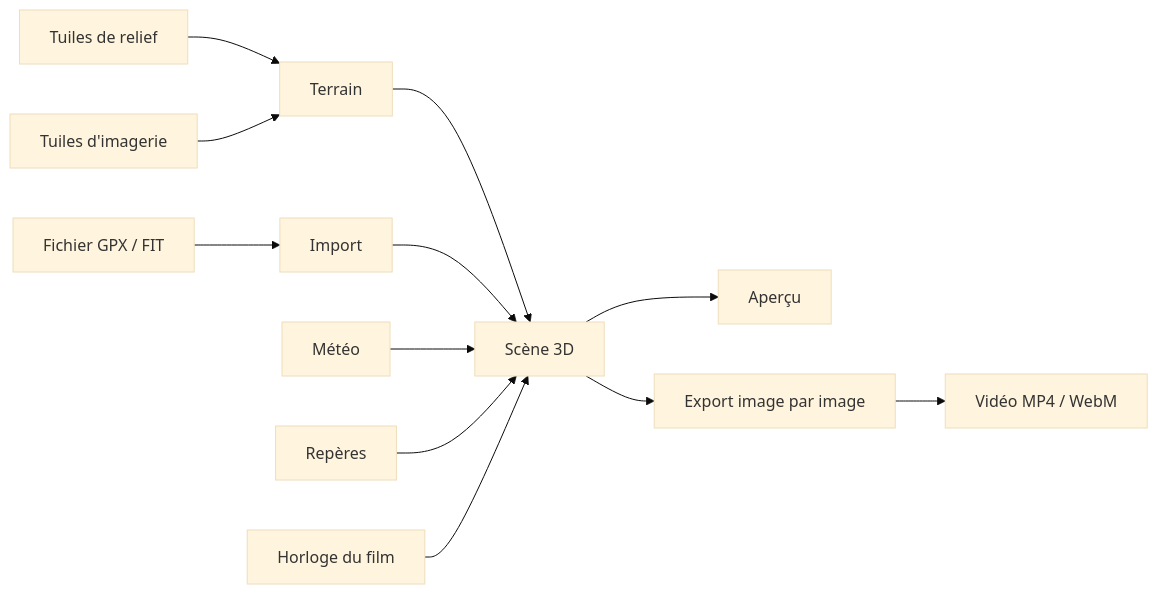
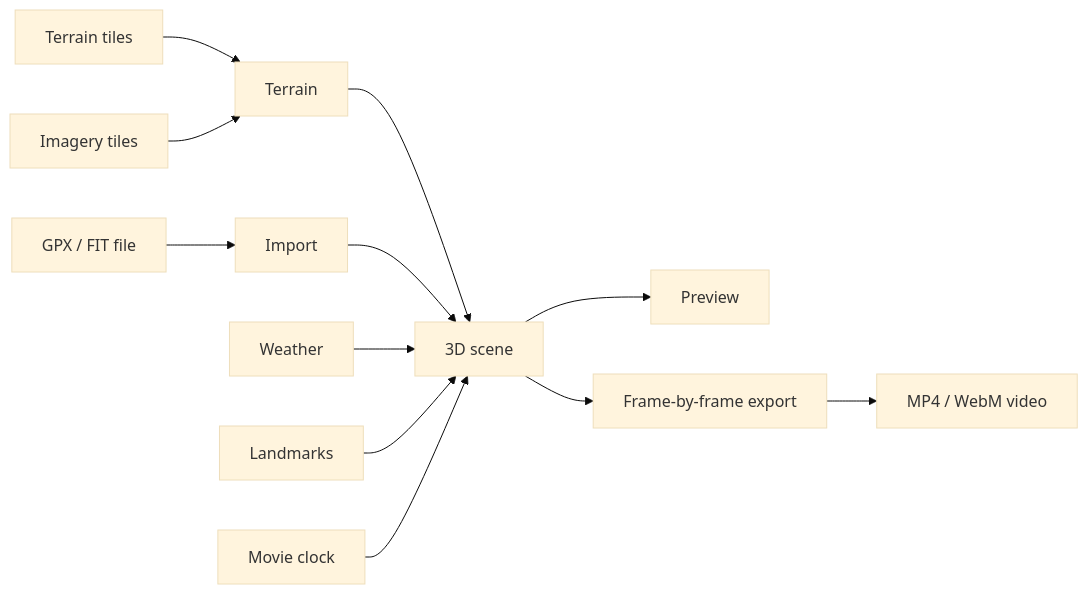
One commit to YannickRiou/gpx2movie changed the diagram in README.md. Above: the diagram before and after it, drawn with Mermaid (base theme). The commit also changed other lines of this file, not shown here.

````diff
--- a/README.md
+++ b/README.md
@@ -303,14 +320,14 @@
 ```mermaid
 flowchart LR
-  F["Fichier GPX / FIT"] --> I["Import"]
-  DEM["Tuiles de relief"] --> Q["Terrain"]
-  IMG["Tuiles d'imagerie"] --> Q
-  Q --> S["Scène 3D"]
+  F["GPX / FIT file"] --> I["Import"]
+  DEM["Terrain tiles"] --> Q["Terrain"]
+  IMG["Imagery tiles"] --> Q
+  Q --> S["3D scene"]
   I --> S
-  W["Météo"] --> S
-  O["Repères"] --> S
-  H["Horloge du film"] --> S
-  S --> A["Aperçu"]
-  S --> E["Export image par image"]
-  E --> V["Vidéo MP4 / WebM"]
+  W["Weather"] --> S
+  O["Landmarks"] --> S
+  H["Movie clock"] --> S
+  S --> A["Preview"]
+  S --> E["Frame-by-frame export"]
+  E --> V["MP4 / WebM video"]
 ```
````
